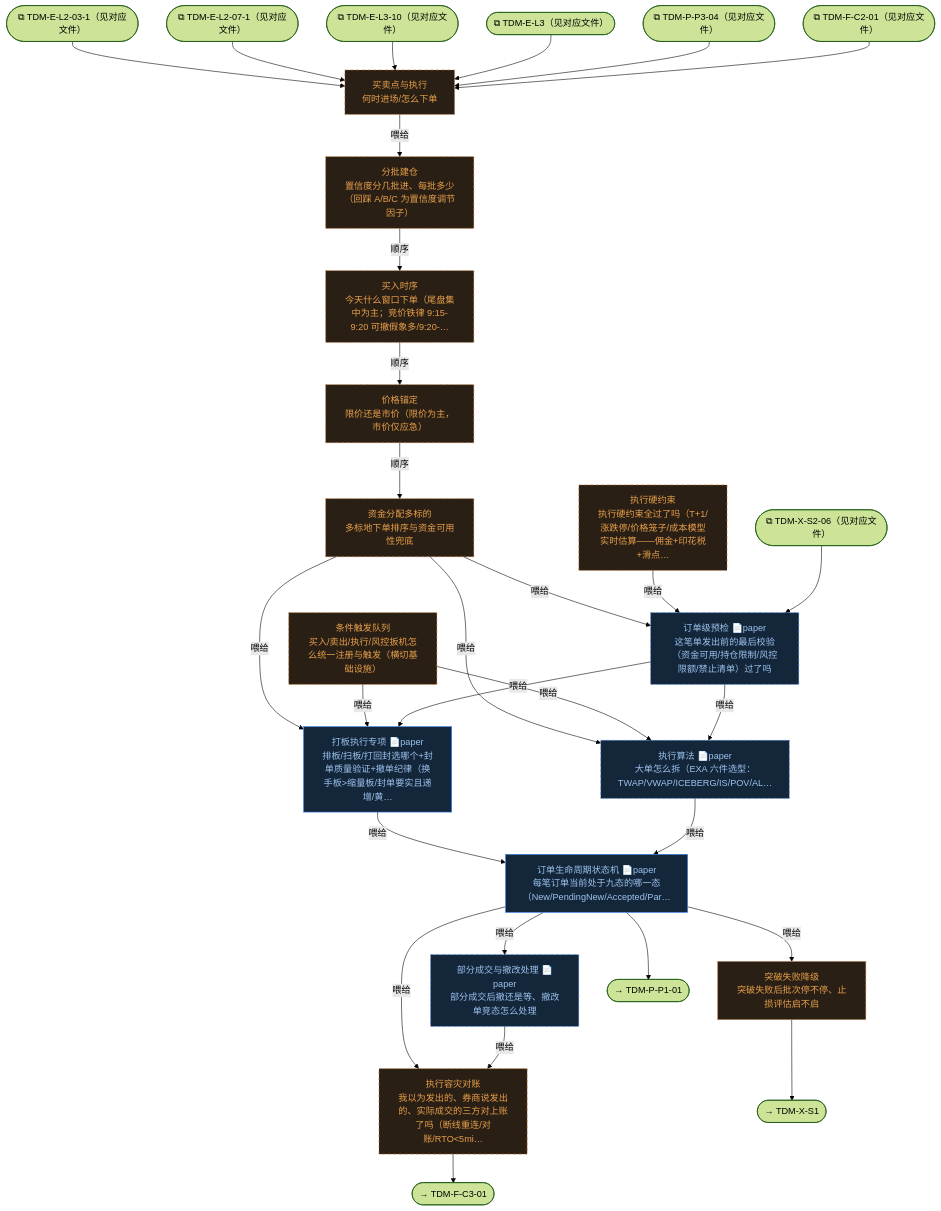
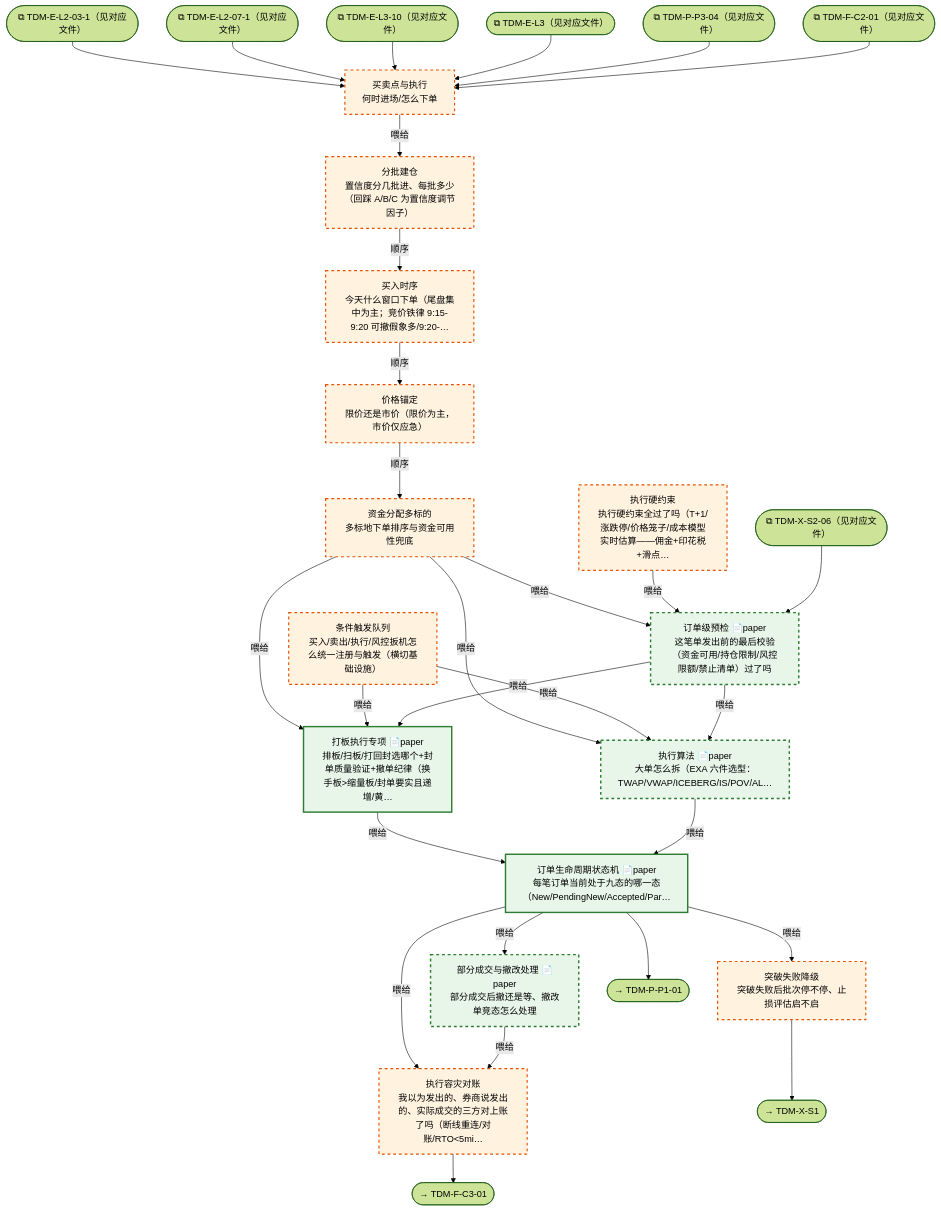
One commit to xuanFelixVan/ZephyrAlpha changed the diagram in docs/02_enterprise_architecture/10_trading_map/trading_map_04_e_l4_exec.md. Above: the diagram before and after it, drawn with Mermaid (forest theme). The commit also changed other lines of this file and 11 other files, not shown here.

````diff
--- a/docs/02_enterprise_architecture/10_trading_map/trading_map_04_e_l4_exec.md
+++ b/docs/02_enterprise_architecture/10_trading_map/trading_map_04_e_l4_exec.md
@@ -20,56 +20,58 @@
 ```mermaid
 flowchart TD
   TDM_E_L4["买卖点与执行<br/>何时进场/怎么下单"]
   TDM_E_L4_01["分批建仓<br/>置信度分几批进、每批多少（回踩 A/B/C 为置信度调节因子）"]
   TDM_E_L4_02["买入时序<br/>今天什么窗口下单（尾盘集中为主；竞价铁律 9:15-9:20 可撤假象多/9:20-…"]
   TDM_E_L4_03["价格锚定<br/>限价还是市价（限价为主，市价仅应急）"]
   TDM_E_L4_04["资金分配多标的<br/>多标地下单排序与资金可用性兜底"]
   TDM_E_L4_05["打板执行专项 📄paper<br/>排板/扫板/打回封选哪个+封单质量验证+撤单纪律（换手板>缩量板/封单要实且递增/黄…"]
   TDM_E_L4_06["执行算法 📄paper<br/>大单怎么拆（EXA 六件选型：TWAP/VWAP/ICEBERG/IS/POV/AL…"]
   TDM_E_L4_07["条件触发队列<br/>买入/卖出/执行/风控扳机怎么统一注册与触发（横切基础设施）"]
   TDM_E_L4_08["突破失败降级<br/>突破失败后批次停不停、止损评估启不启"]
   TDM_E_L4_09["执行硬约束<br/>执行硬约束全过了吗（T+1/涨跌停/价格笼子/成本模型实时估算——佣金+印花税+滑点…"]
   TDM_E_L4_10["订单生命周期状态机 📄paper<br/>每笔订单当前处于九态的哪一态（New/PendingNew/Accepted/Par…"]
   TDM_E_L4_11["部分成交与撤改处理 📄paper<br/>部分成交后撤还是等、撤改单竞态怎么处理"]
   TDM_E_L4_12["订单级预检 📄paper<br/>这笔单发出前的最后校验（资金可用/持仓限制/风控限额/禁止清单）过了吗"]
   TDM_E_L4_13["执行容灾对账<br/>我以为发出的、券商说发出的、实际成交的三方对上账了吗（断线重连/对账/RTO<5mi…"]
   EXT_TDM_E_L2_03_1(["⧉ TDM-E-L2-03-1（见对应文件）"])
   EXT_TDM_E_L2_07_1(["⧉ TDM-E-L2-07-1（见对应文件）"])
   EXT_TDM_E_L3_10(["⧉ TDM-E-L3-10（见对应文件）"])
   EXT_TDM_E_L3(["⧉ TDM-E-L3（见对应文件）"])
   EXT_TDM_P_P3_04(["⧉ TDM-P-P3-04（见对应文件）"])
   EXT_TDM_F_C2_01(["⧉ TDM-F-C2-01（见对应文件）"])
   EXT_TDM_X_S2_06(["⧉ TDM-X-S2-06（见对应文件）"])
   EXT_TDM_E_L2_03_1 --> TDM_E_L4
   EXT_TDM_E_L2_07_1 --> TDM_E_L4
   EXT_TDM_E_L3_10 --> TDM_E_L4
   TDM_E_L4_01 -->|顺序| TDM_E_L4_02
   TDM_E_L4_02 -->|顺序| TDM_E_L4_03
   TDM_E_L4_03 -->|顺序| TDM_E_L4_04
   TDM_E_L4_04 -->|喂给| TDM_E_L4_05
   TDM_E_L4_04 -->|喂给| TDM_E_L4_06
   TDM_E_L4_07 -->|喂给| TDM_E_L4_05
   TDM_E_L4_07 -->|喂给| TDM_E_L4_06
   TDM_E_L4_08 --> EXT_OUT_TDM_X_S1([→ TDM-X-S1])
   TDM_E_L4_04 -->|喂给| TDM_E_L4_12
   TDM_E_L4_12 -->|喂给| TDM_E_L4_05
   TDM_E_L4_12 -->|喂给| TDM_E_L4_06
   TDM_E_L4_05 -->|喂给| TDM_E_L4_10
   TDM_E_L4_06 -->|喂给| TDM_E_L4_10
   TDM_E_L4_10 -->|喂给| TDM_E_L4_11
   TDM_E_L4_10 -->|喂给| TDM_E_L4_13
   TDM_E_L4_11 -->|喂给| TDM_E_L4_13
   TDM_E_L4_13 --> EXT_OUT_TDM_F_C3_01([→ TDM-F-C3-01])
   EXT_TDM_E_L3 --> TDM_E_L4
   TDM_E_L4 -->|喂给| TDM_E_L4_01
   TDM_E_L4_10 -->|喂给| TDM_E_L4_08
   TDM_E_L4_09 -->|喂给| TDM_E_L4_12
   TDM_E_L4_10 --> EXT_OUT_TDM_P_P1_01([→ TDM-P-P1-01])
   EXT_TDM_P_P3_04 --> TDM_E_L4
   EXT_TDM_F_C2_01 --> TDM_E_L4
   EXT_TDM_X_S2_06 --> TDM_E_L4_12
-  classDef red fill:#2a1f14,stroke:#d97b29,color:#e8a04c,stroke-dasharray: 5 5;
-  classDef paper fill:#14263a,stroke:#3d8bff,color:#9cc3ef;
-  class TDM_E_L4,TDM_E_L4_01,TDM_E_L4_02,TDM_E_L4_03,TDM_E_L4_04,TDM_E_L4_06,TDM_E_L4_07,TDM_E_L4_08,TDM_E_L4_09,TDM_E_L4_11,TDM_E_L4_12,TDM_E_L4_13 red;
+  classDef production fill:#e1f5fe,stroke:#01579b,stroke-width:2px,color:#000;
+  classDef design fill:#fff3e0,stroke:#e65100,stroke-width:2px,color:#000,stroke-dasharray: 5 5;
+  classDef paper fill:#e8f5e9,stroke:#2e7d32,stroke-width:2.5px,color:#000;
+  class TDM_E_L4_05,TDM_E_L4_10 production;
+  class TDM_E_L4,TDM_E_L4_01,TDM_E_L4_02,TDM_E_L4_03,TDM_E_L4_04,TDM_E_L4_06,TDM_E_L4_07,TDM_E_L4_08,TDM_E_L4_09,TDM_E_L4_11,TDM_E_L4_12,TDM_E_L4_13 design;
   class TDM_E_L4_05,TDM_E_L4_06,TDM_E_L4_10,TDM_E_L4_11,TDM_E_L4_12 paper;
 ```
````
